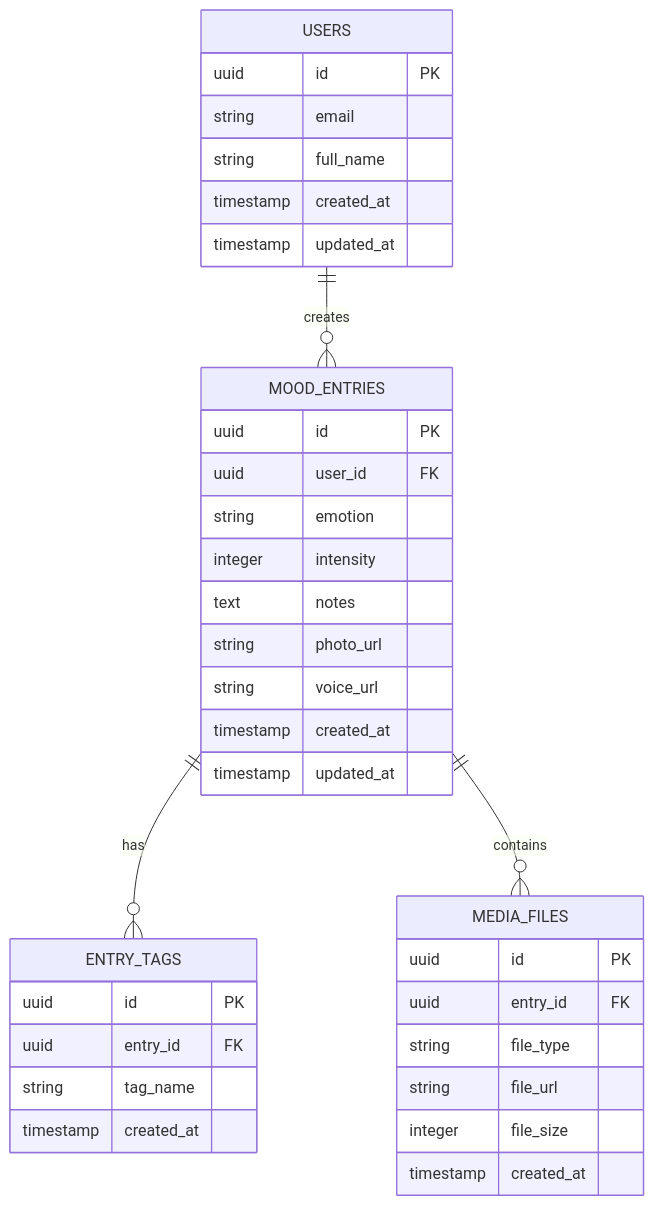
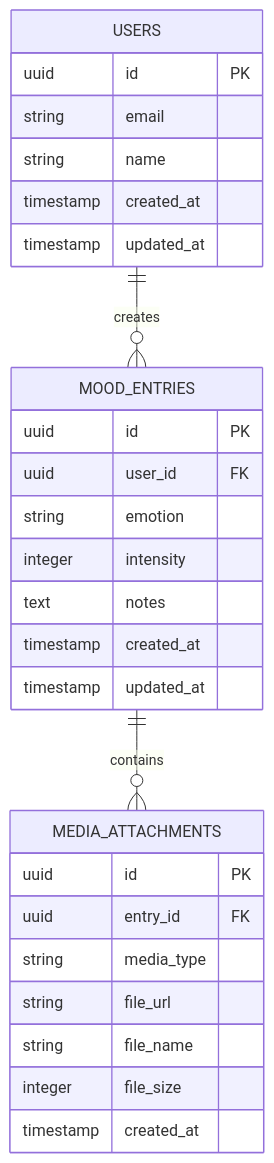
One commit to kafkasder2017/new-panel changed the second of 2 diagrams in .trae/documents/mood-journal-technical-architecture.md. Above: the diagram before and after it, drawn with Mermaid. The commit also changed other lines of this file and 120 other files, not shown here.

````diff
--- a/.trae/documents/mood-journal-technical-architecture.md
+++ b/.trae/documents/mood-journal-technical-architecture.md
@@ -93,42 +125,33 @@
 ```mermaid
 erDiagram
   USERS ||--o{ MOOD_ENTRIES : creates
-  MOOD_ENTRIES ||--o{ ENTRY_TAGS : has
-  MOOD_ENTRIES ||--o{ MEDIA_FILES : contains
+  MOOD_ENTRIES ||--o{ MEDIA_ATTACHMENTS : contains
 
   USERS {
     uuid id PK
     string email
-    string full_name
+    string name
     timestamp created_at
     timestamp updated_at
   }
   
   MOOD_ENTRIES {
     uuid id PK
     uuid user_id FK
     string emotion
     integer intensity
     text notes
-    string photo_url
-    string voice_url
     timestamp created_at
     timestamp updated_at
   }
   
-  ENTRY_TAGS {
+  MEDIA_ATTACHMENTS {
     uuid id PK
     uuid entry_id FK
-    string tag_name
-    timestamp created_at
-  }
-  
-  MEDIA_FILES {
-    uuid id PK
-    uuid entry_id FK
-    string file_type
+    string media_type
     string file_url
+    string file_name
     integer file_size
     timestamp created_at
   }
 ```
````
